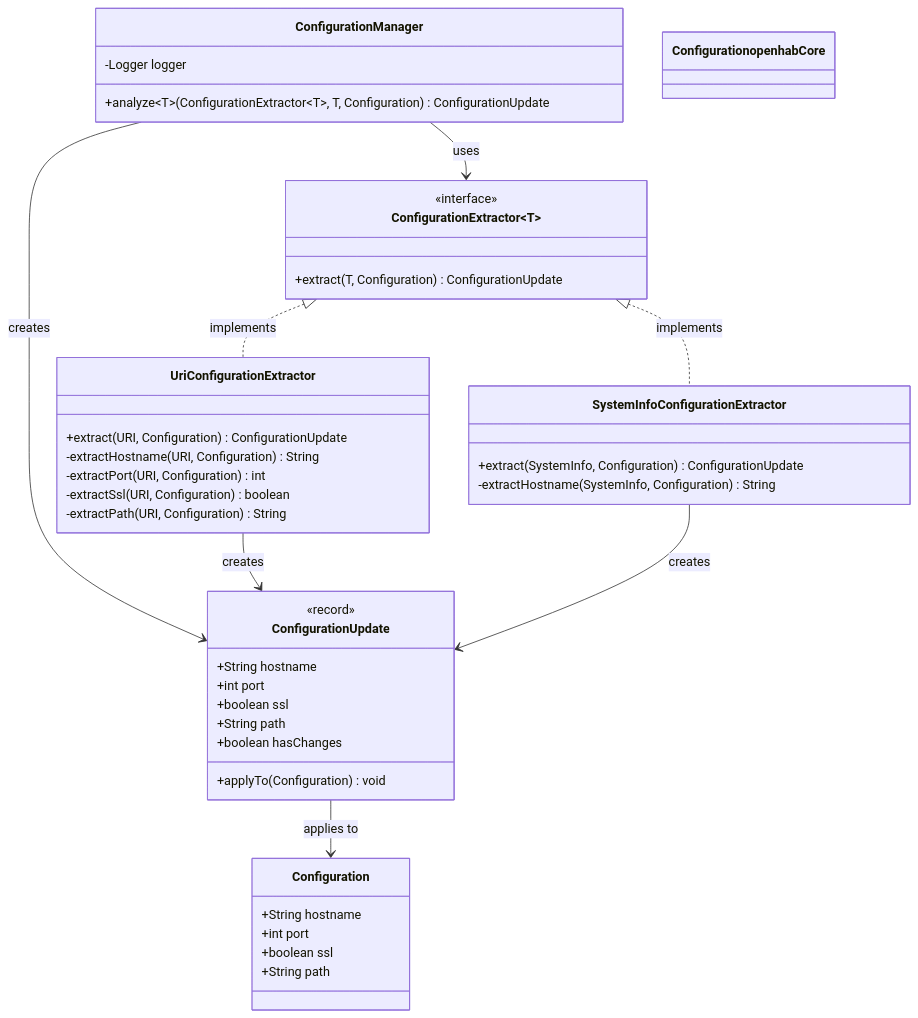
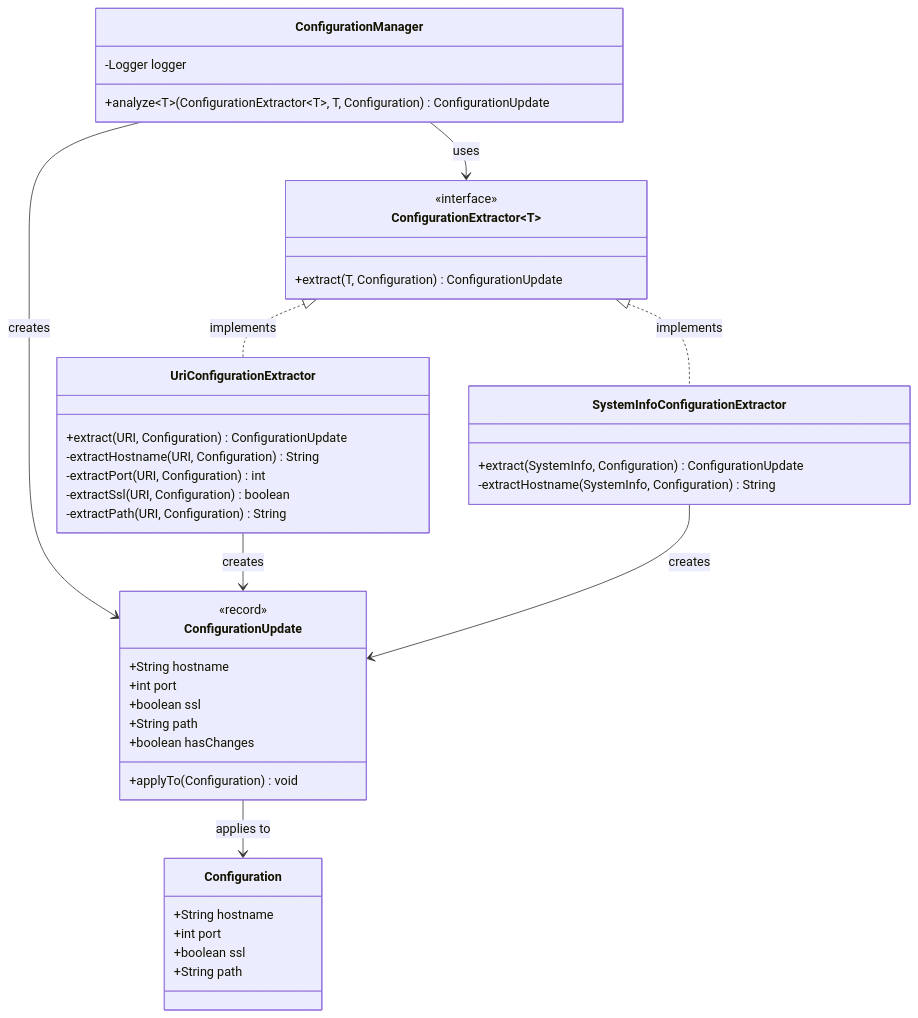
Before and after one commit to openhab/openhab-addons: the diagram in bundles/org.openhab.binding.jellyfin/docs/architecture/configuration-management.md, drawn with Mermaid. The commit also changed 5 other files, not shown here.

First line of the commit message:
🐛 fix: Correct Mermaid cssClass syntax for color application

````diff
--- a/bundles/org.openhab.binding.jellyfin/docs/architecture/configuration-management.md
+++ b/bundles/org.openhab.binding.jellyfin/docs/architecture/configuration-management.md
@@ -33,59 +33,59 @@
 ```mermaid
 classDiagram
     %% Main manager and strategy interface
     class ConfigurationManager {
         -Logger logger
         +analyze~T~(ConfigurationExtractor~T~, T, Configuration) ConfigurationUpdate
     }
 
     class ConfigurationExtractor~T~ {
         <<interface>>
         +extract(T, Configuration) ConfigurationUpdate
     }
 
     %% Concrete strategy implementations
     class UriConfigurationExtractor {
         +extract(URI, Configuration) ConfigurationUpdate
         -extractHostname(URI, Configuration) String
         -extractPort(URI, Configuration) int
         -extractSsl(URI, Configuration) boolean
         -extractPath(URI, Configuration) String
     }
 
     class SystemInfoConfigurationExtractor {
         +extract(SystemInfo, Configuration) ConfigurationUpdate
         -extractHostname(SystemInfo, Configuration) String
     }
 
     %% Immutable result record
     class ConfigurationUpdate {
         <<record>>
         +String hostname
         +int port
         +boolean ssl
         +String path
         +boolean hasChanges
         +applyTo(Configuration) void
     }
 
     %% Configuration class
     class Configuration {
         +String hostname
         +int port
         +boolean ssl
         +String path
     }
 
     %% Relationships
     ConfigurationManager --> ConfigurationExtractor : uses
     ConfigurationManager --> ConfigurationUpdate : creates
     ConfigurationExtractor <|.. UriConfigurationExtractor : implements
     ConfigurationExtractor <|.. SystemInfoConfigurationExtractor : implements
     UriConfigurationExtractor --> ConfigurationUpdate : creates
     SystemInfoConfigurationExtractor --> ConfigurationUpdate : creates
     ConfigurationUpdate --> Configuration : applies to
 
     %% Color scheme for external libraries
     classDef openhabCore fill:#ffb366,stroke:#cc8533,color:#000
-    class Configuration openhabCore
+    cssClass "Configuration" openhabCore
 ```
````
